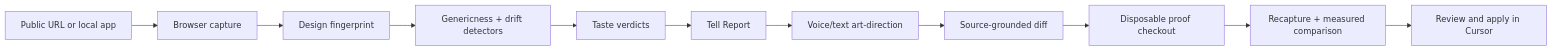
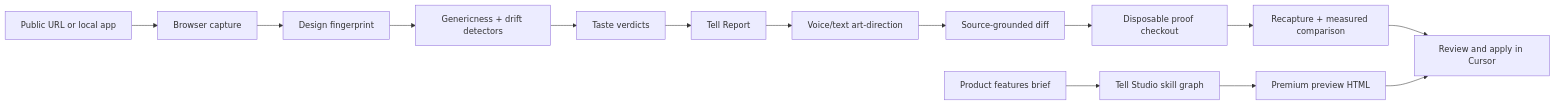
The diagram in README.md (ashishpatill/tell-proof), drawn with Mermaid before and after one commit. The commit also changed other lines of this file and 4 other files, not shown here.

````diff
--- a/README.md
+++ b/README.md
@@ -57,13 +121,16 @@
 ```mermaid
 flowchart LR
     url["Public URL or local app"] --> capture["Browser capture"]
     capture --> fingerprint["Design fingerprint"]
     fingerprint --> detectors["Genericness + drift detectors"]
     detectors --> taste["Taste verdicts"]
     taste --> report["Tell Report"]
     report --> direction["Voice/text art-direction"]
     direction --> diff["Source-grounded diff"]
     diff --> proof["Disposable proof checkout"]
     proof --> recapture["Recapture + measured comparison"]
     recapture --> cursor["Review and apply in Cursor"]
+    features["Product features brief"] --> studio["Tell Studio skill graph"]
+    studio --> preview["Premium preview HTML"]
+    preview --> cursor
 ```
````
